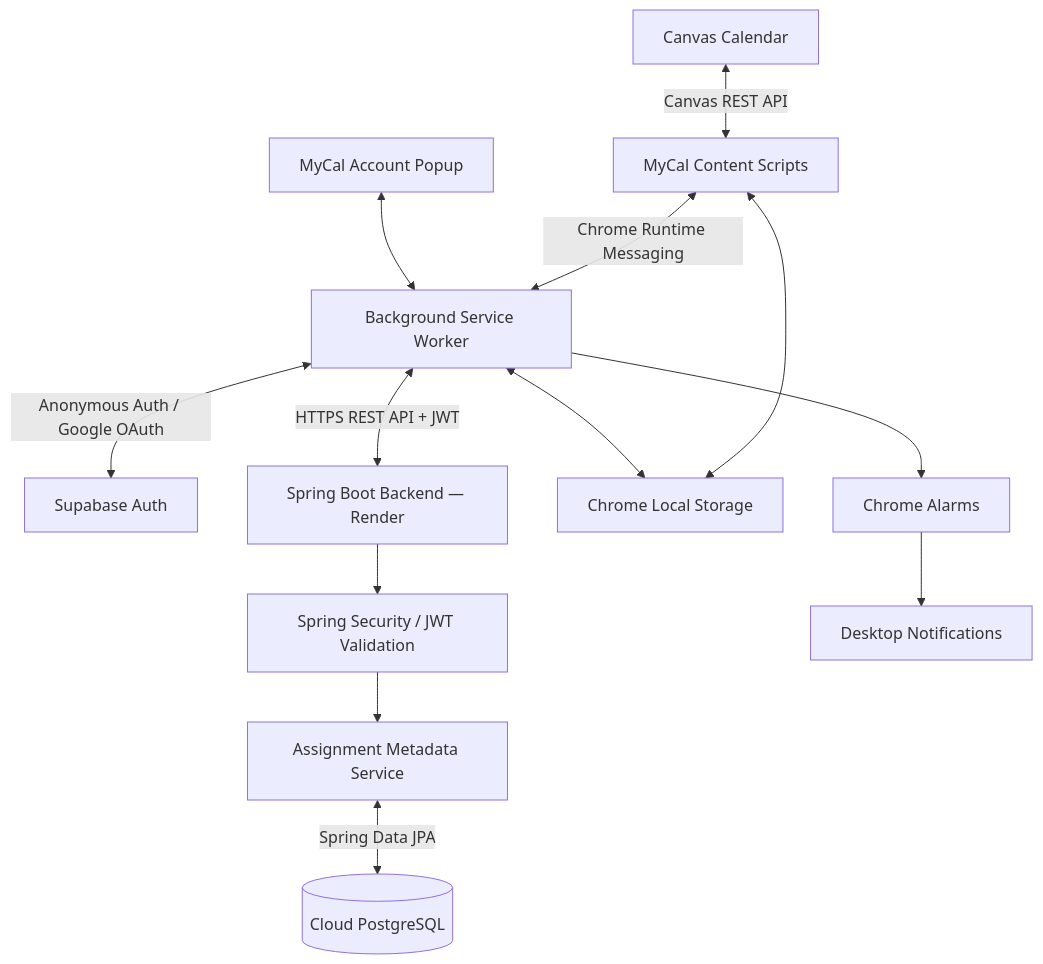
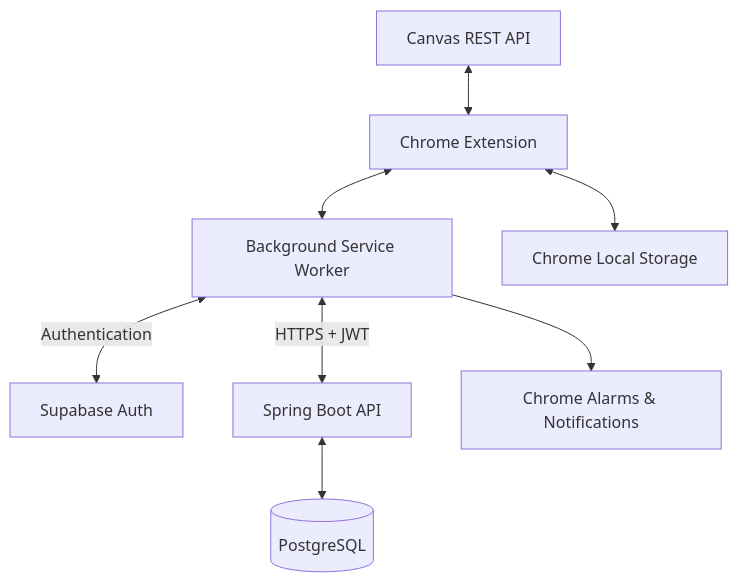
Before and after one commit to florida-k/mycal: the diagram in README.md, drawn with Mermaid. The commit also changed other lines of this file, not shown here.

````diff
--- a/README.md
+++ b/README.md
@@ -107,18 +72,10 @@
 ```mermaid
 flowchart TD
-    A["Canvas Calendar"] <-->|"Canvas REST API"| B["MyCal Content Scripts"]
-    B <-->|"Chrome Runtime Messaging"| C["Background Service Worker"]
-    P["MyCal Account Popup"] <--> C
-
-    C <-->|"Anonymous Auth / Google OAuth"| D["Supabase Auth"]
-    C <-->|"HTTPS REST API + JWT"| E["Spring Boot Backend — Render"]
-
-    E --> F["Spring Security / JWT Validation"]
-    F --> G["Assignment Metadata Service"]
-    G <-->|"Spring Data JPA"| H[("Cloud PostgreSQL")]
-
-    B <--> I["Chrome Local Storage"]
-    C <--> I
-    C --> J["Chrome Alarms"]
-    J --> K["Desktop Notifications"]
+    A["Canvas REST API"] <--> B["Chrome Extension"]
+    B <--> C["Background Service Worker"]
+    C <-->|"Authentication"| D["Supabase Auth"]
+    C <-->|"HTTPS + JWT"| E["Spring Boot API"]
+    E <--> F[("PostgreSQL")]
+    B <--> G["Chrome Local Storage"]
+    C --> H["Chrome Alarms & Notifications"]
 ```
````
